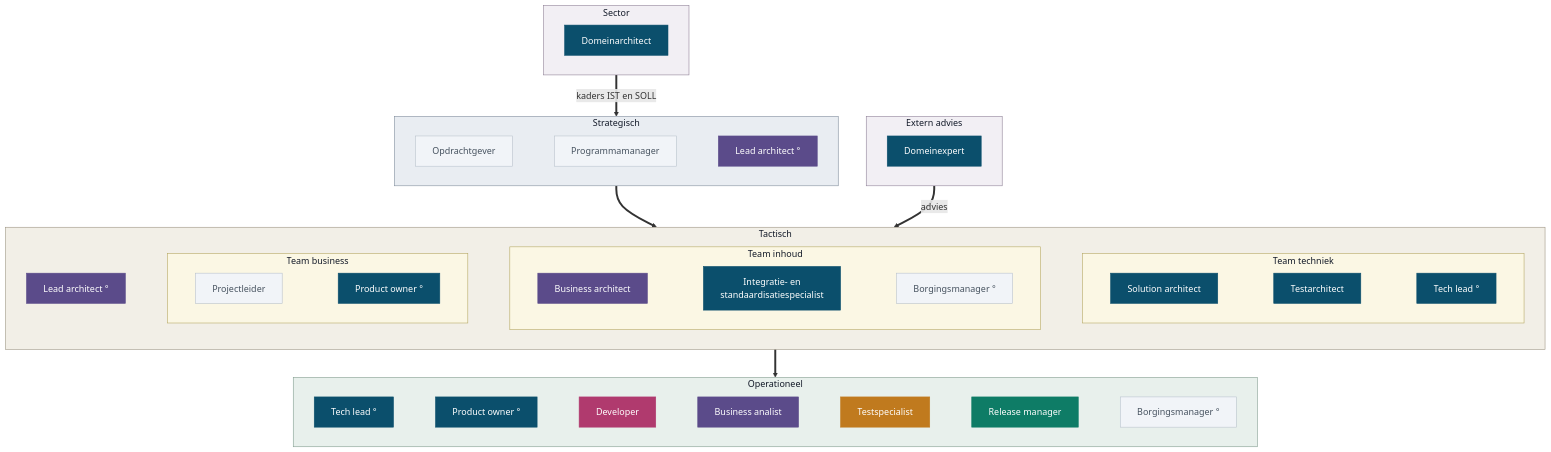
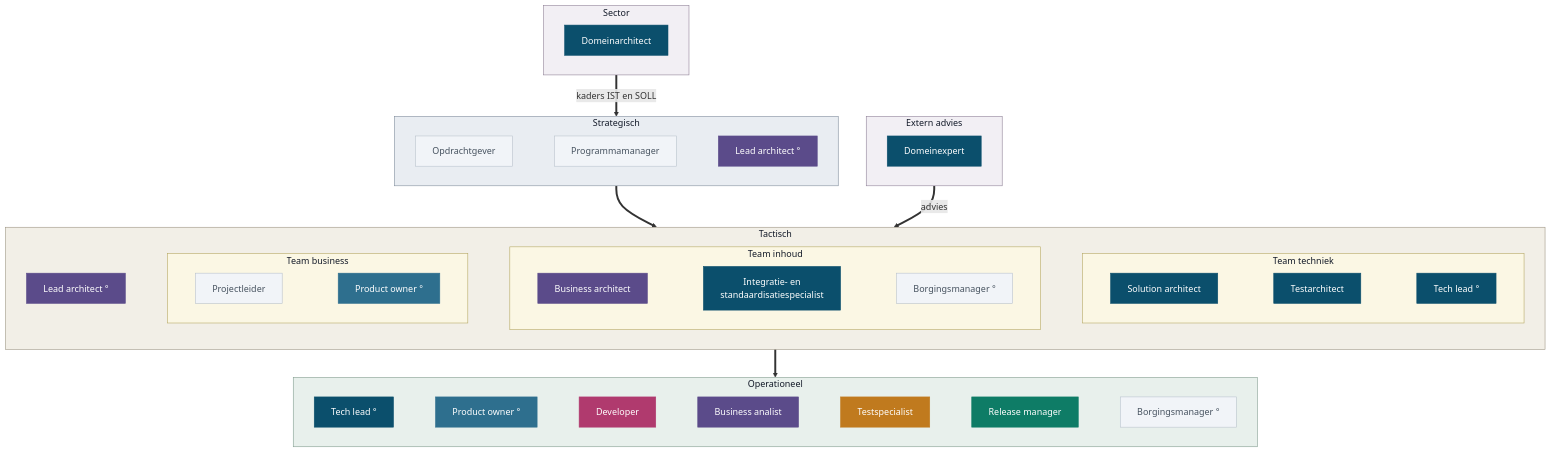
Before and after one commit to Npuls-OKx/meta: the fifth of 6 diagrams in presentaties/src/260903_rollen.md, drawn with Mermaid. The commit also changed other lines of this file and 2 other files, not shown here.

````diff
--- a/presentaties/src/260903_rollen.md
+++ b/presentaties/src/260903_rollen.md
@@ -626,69 +626,69 @@
 ```mermaid
 flowchart TB
   subgraph EX["Extern advies"]
     direction LR
     DE["Domeinexpert"]
   end
   subgraph SEC["Sector"]
     direction LR
     DA["Domeinarchitect"]
   end
   subgraph S["Strategisch"]
     direction LR
     OG["Opdrachtgever"] ~~~ PM["Programmamanager"] ~~~ LA1["Lead architect °"]
   end
   subgraph T["Tactisch"]
     direction LR
     LA2["Lead architect °"]
     subgraph TB2["Team business"]
       direction LR
       PL["Projectleider"] ~~~ PO1["Product owner °"]
     end
     subgraph TI["Team inhoud"]
       direction LR
       BAR["Business architect"] ~~~ IS["Integratie- en<br/>standaardisatiespecialist"] ~~~ BM1["Borgingsmanager °"]
     end
     subgraph TT["Team techniek"]
       direction LR
       SA["Solution architect"] ~~~ TA["Testarchitect"] ~~~ TL1["Tech lead °"]
     end
     LA2 ~~~ TB2 ~~~ TI ~~~ TT
   end
   subgraph O["Operationeel"]
     direction LR
     TL2["Tech lead °"] ~~~ PO2["Product owner °"] ~~~ DEV["Developer"] ~~~ BA["Business analist"] ~~~ TE["Testspecialist"] ~~~ RM["Release manager"] ~~~ BM2["Borgingsmanager °"]
   end
   S ==> T
   T ==> O
   EX ==>|advies| T
   SEC ==>|kaders IST en SOLL| S
   style TB2 fill:#fbf7e4,stroke:#b3a55f,color:#111827
   style TI fill:#fbf7e4,stroke:#b3a55f,color:#111827
   style TT fill:#fbf7e4,stroke:#b3a55f,color:#111827
   style EX fill:#f2eff4,stroke:#8c7e94,color:#111827
   style SEC fill:#f2eff4,stroke:#8c7e94,color:#111827
   style S fill:#e9edf2,stroke:#7d8a99,color:#111827
   style T fill:#f2efe7,stroke:#9a9280,color:#111827
   style O fill:#e8f0ec,stroke:#7f9a8c,color:#111827
-  style PO1 fill:#0B4F6C,stroke:#0B4F6C,color:#ffffff
-  style PO2 fill:#0B4F6C,stroke:#0B4F6C,color:#ffffff
+  style PO1 fill:#2E6F8E,stroke:#2E6F8E,color:#ffffff
+  style PO2 fill:#2E6F8E,stroke:#2E6F8E,color:#ffffff
   style SA fill:#0B4F6C,stroke:#0B4F6C,color:#ffffff
   style DA fill:#0B4F6C,stroke:#0B4F6C,color:#ffffff
   style BA fill:#5B4B8A,stroke:#5B4B8A,color:#ffffff
   style IS fill:#0B4F6C,stroke:#0B4F6C,color:#ffffff
   style TA fill:#0B4F6C,stroke:#0B4F6C,color:#ffffff
   style DE fill:#0B4F6C,stroke:#0B4F6C,color:#ffffff
   style TL1 fill:#0B4F6C,stroke:#0B4F6C,color:#ffffff
   style TL2 fill:#0B4F6C,stroke:#0B4F6C,color:#ffffff
   style LA1 fill:#5B4B8A,stroke:#5B4B8A,color:#ffffff
   style LA2 fill:#5B4B8A,stroke:#5B4B8A,color:#ffffff
   style BAR fill:#5B4B8A,stroke:#5B4B8A,color:#ffffff
   style RM fill:#0E7C66,stroke:#0E7C66,color:#ffffff
   style DEV fill:#B03A6E,stroke:#B03A6E,color:#ffffff
   style TE fill:#C07A1E,stroke:#C07A1E,color:#ffffff
   style OG fill:#f1f4f8,stroke:#b7c0ca,color:#46525f
   style PM fill:#f1f4f8,stroke:#b7c0ca,color:#46525f
   style PL fill:#f1f4f8,stroke:#b7c0ca,color:#46525f
   style BM1 fill:#f1f4f8,stroke:#b7c0ca,color:#46525f
   style BM2 fill:#f1f4f8,stroke:#b7c0ca,color:#46525f
 ```
````
